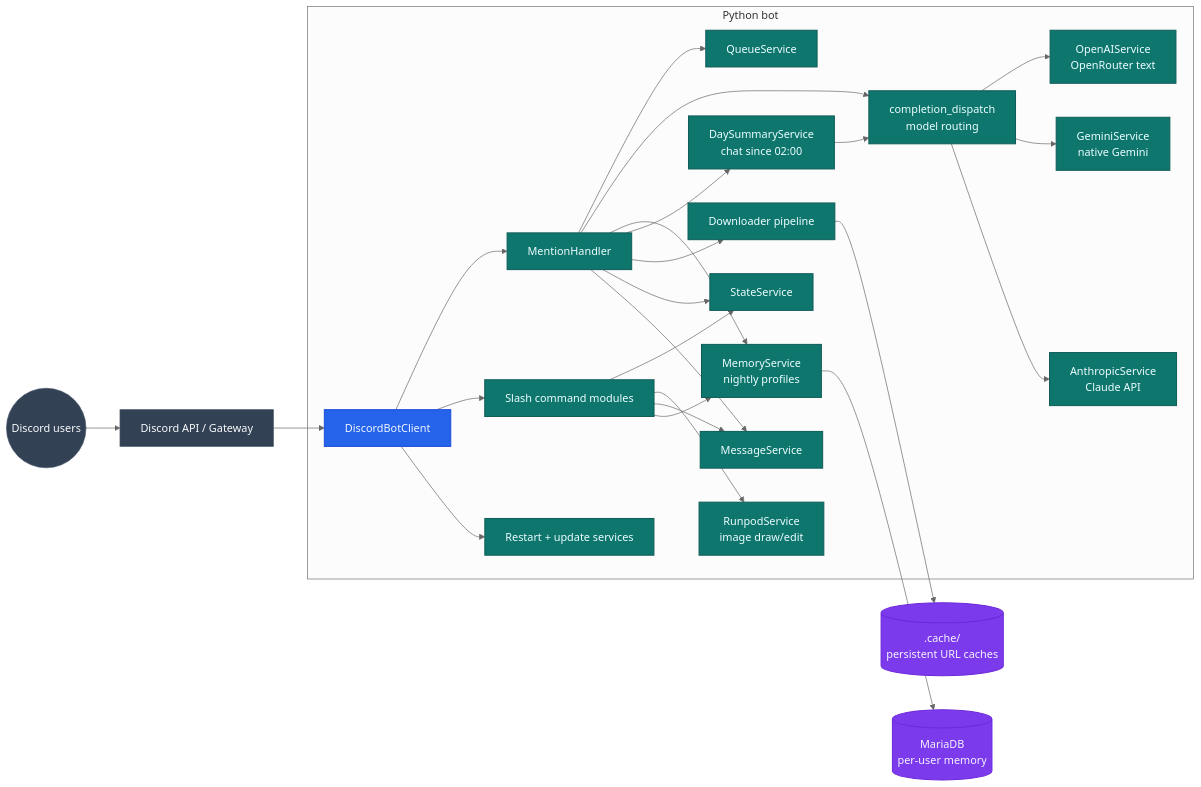
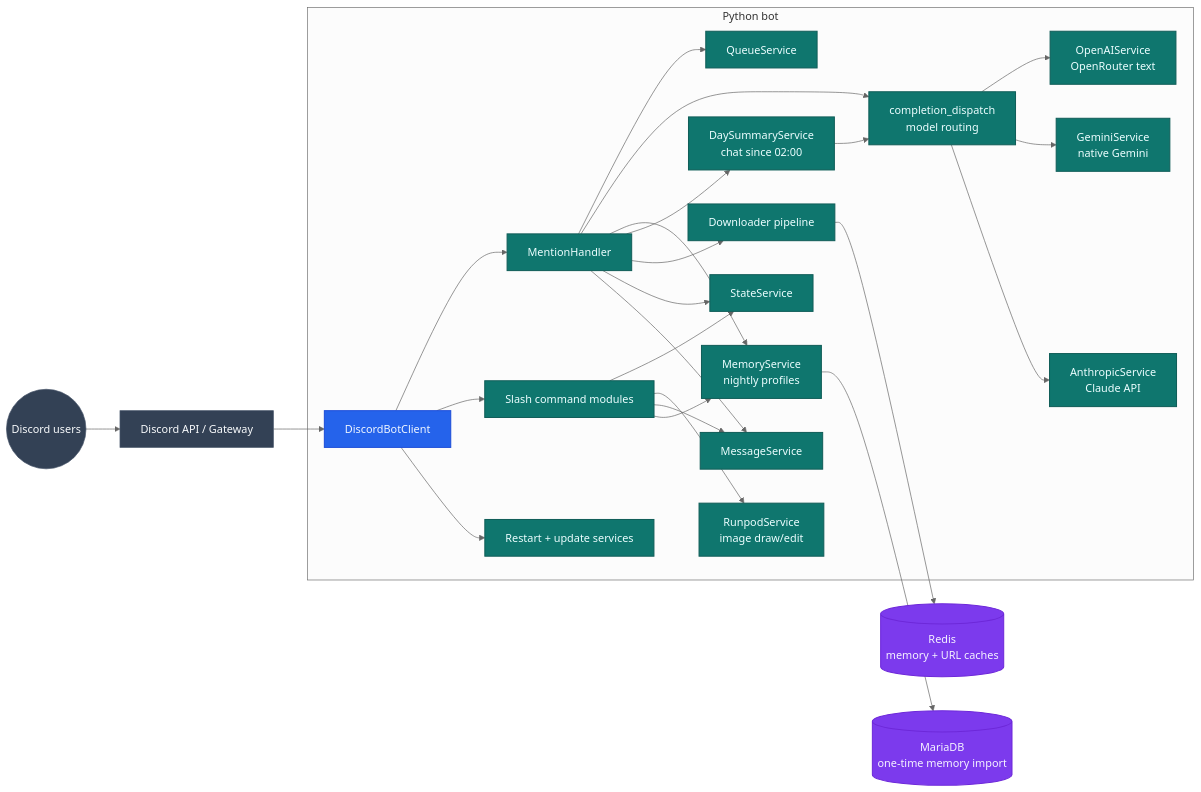
The first of 5 diagrams in docs/architecture.md (jobeus/cmwgpt), drawn with Mermaid (neutral theme) before and after one commit. The commit also changed other lines of this file and 37 other files, not shown here.

First line of the commit message:
feat(storage): keep user memory and content caches in Redis

````diff
--- a/docs/architecture.md
+++ b/docs/architecture.md
@@ -29,53 +29,53 @@
 ```mermaid
 flowchart LR
     classDef edge fill:#334155,color:#f8fafc,stroke:#475569,stroke-width:1px;
     classDef bot fill:#2563eb,color:#eff6ff,stroke:#1d4ed8,stroke-width:1.5px;
     classDef service fill:#0f766e,color:#ecfeff,stroke:#115e59,stroke-width:1.5px;
     classDef data fill:#7c3aed,color:#f5f3ff,stroke:#6d28d9,stroke-width:1.5px;
 
     User((Discord users)):::edge --> Discord[Discord API / Gateway]:::edge
 
     subgraph BotApp[Python bot]
         Client[DiscordBotClient]:::bot
         Mention[MentionHandler]:::service
         Commands[Slash command modules]:::service
         Queue[QueueService]:::service
         State[StateService]:::service
         Dispatch[completion_dispatch<br/>model routing]:::service
         OpenAI[OpenAIService<br/>OpenRouter text]:::service
         Gemini[GeminiService<br/>native Gemini]:::service
         Anthropic[AnthropicService<br/>Claude API]:::service
         Memory[MemoryService<br/>nightly profiles]:::service
         DaySummary[DaySummaryService<br/>chat since 02:00]:::service
         Runpod[RunpodService<br/>image draw/edit]:::service
         Downloader[Downloader pipeline]:::service
         MsgSvc[MessageService]:::service
         Restart[Restart + update services]:::service
     end
 
     Discord --> Client
     Client --> Mention
     Client --> Commands
     Mention --> Queue
     Mention --> Dispatch
     Dispatch --> OpenAI
     Dispatch --> Gemini
     Dispatch --> Anthropic
     Mention --> Memory
     Mention --> DaySummary
     DaySummary --> Dispatch
     Mention --> Downloader
     Mention --> State
     Mention --> MsgSvc
     Commands --> State
     Commands --> Runpod
     Commands --> MsgSvc
     Client --> Restart
 
     Commands --> Memory
 
-    DB[(MariaDB<br/>per-user memory)]:::data
+    DB[(MariaDB<br/>one-time memory import)]:::data
     Memory --> DB
-    Cache[(.cache/<br/>persistent URL caches)]:::data
+    Cache[(Redis<br/>memory + URL caches)]:::data
     Downloader --> Cache
 ```
````
